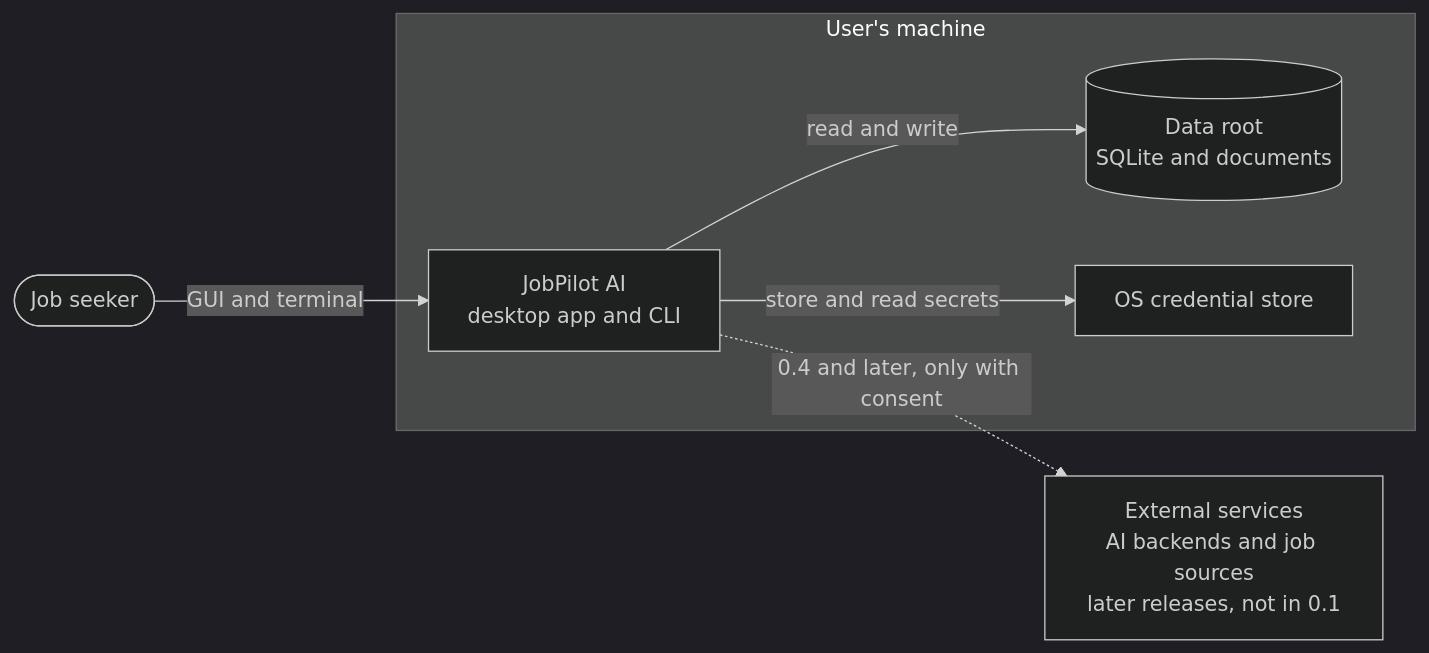
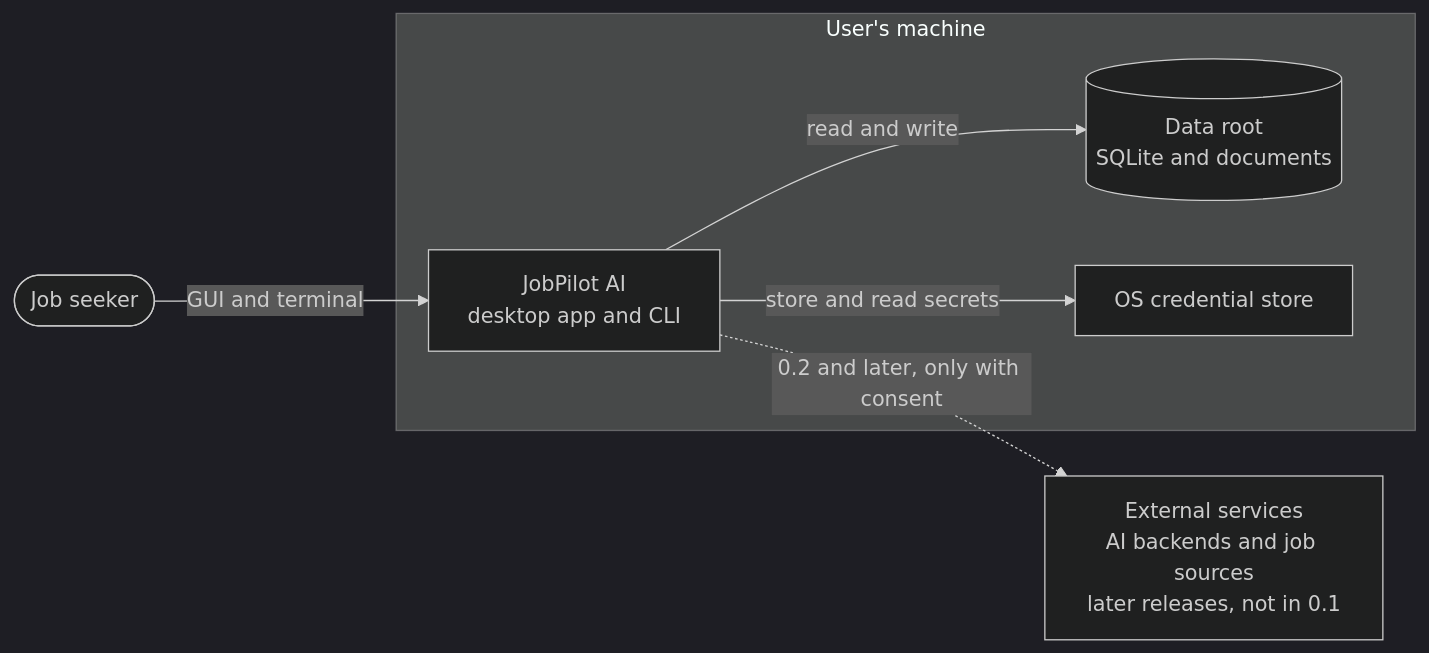
Before and after one commit to gvsrusa/jobpilot: the first of 3 diagrams in docs/architecture.md, drawn with Mermaid (dark theme). The commit also changed 1 other file, not shown here.

Commit message:
docs: finish moving Claude Code to 0.2

````diff
--- a/docs/architecture.md
+++ b/docs/architecture.md
@@ -17,14 +17,14 @@
 ```mermaid
 flowchart LR
     user([Job seeker])
     subgraph machine[User's machine]
         jp[JobPilot AI<br/>desktop app and CLI]
         data[(Data root<br/>SQLite and documents)]
         keychain[OS credential store]
     end
     later[External services<br/>AI backends and job sources<br/>later releases, not in 0.1]
     user -->|GUI and terminal| jp
     jp -->|read and write| data
     jp -->|store and read secrets| keychain
-    jp -.->|0.4 and later, only with consent| later
+    jp -.->|0.2 and later, only with consent| later
 ```
````
